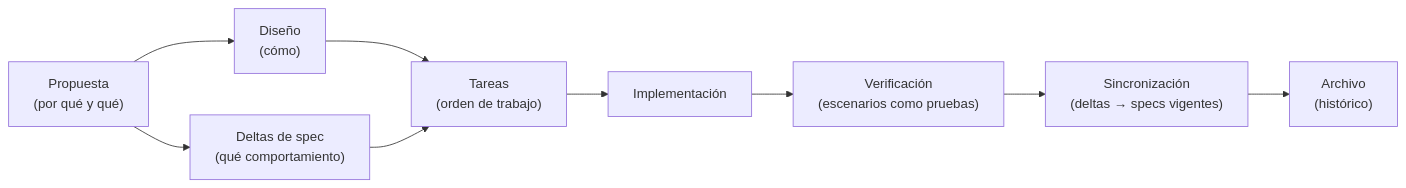
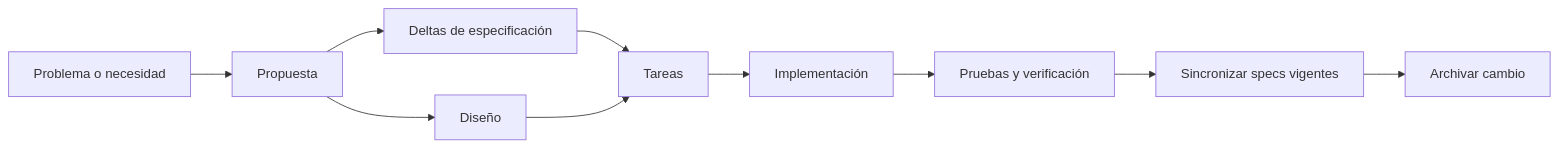
The first of 2 diagrams in docs/concepts/06-sdd-y-openspec.md (devmauriciopineda/careme), drawn with Mermaid before and after one commit. The commit also changed other lines of this file and 68 other files, not shown here.

````diff
--- a/docs/concepts/06-sdd-y-openspec.md
+++ b/docs/concepts/06-sdd-y-openspec.md
@@ -95,11 +153,12 @@
 ```mermaid
 flowchart LR
-    P["Propuesta<br/>(por qué y qué)"] --> D["Diseño<br/>(cómo)"]
-    P --> DS["Deltas de spec<br/>(qué comportamiento)"]
-    D --> T["Tareas<br/>(orden de trabajo)"]
-    DS --> T
-    T --> I["Implementación"]
-    I --> V["Verificación<br/>(escenarios como pruebas)"]
-    V --> S["Sincronización<br/>(deltas → specs vigentes)"]
-    S --> A["Archivo<br/>(histórico)"]
+    Idea["Problema o necesidad"] --> Proposal["Propuesta"]
+    Proposal --> Spec["Deltas de especificación"]
+    Proposal --> Design["Diseño"]
+    Spec --> Tasks["Tareas"]
+    Design --> Tasks
+    Tasks --> Code["Implementación"]
+    Code --> Tests["Pruebas y verificación"]
+    Tests --> Sync["Sincronizar specs vigentes"]
+    Sync --> Archive["Archivar cambio"]
 ```
````
